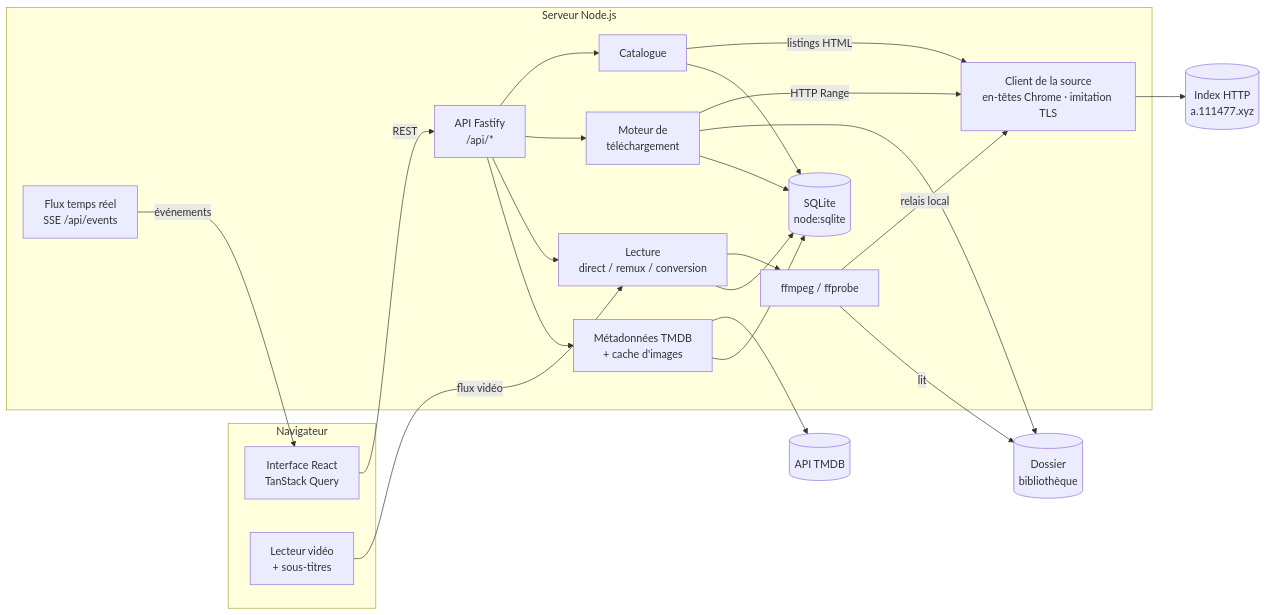
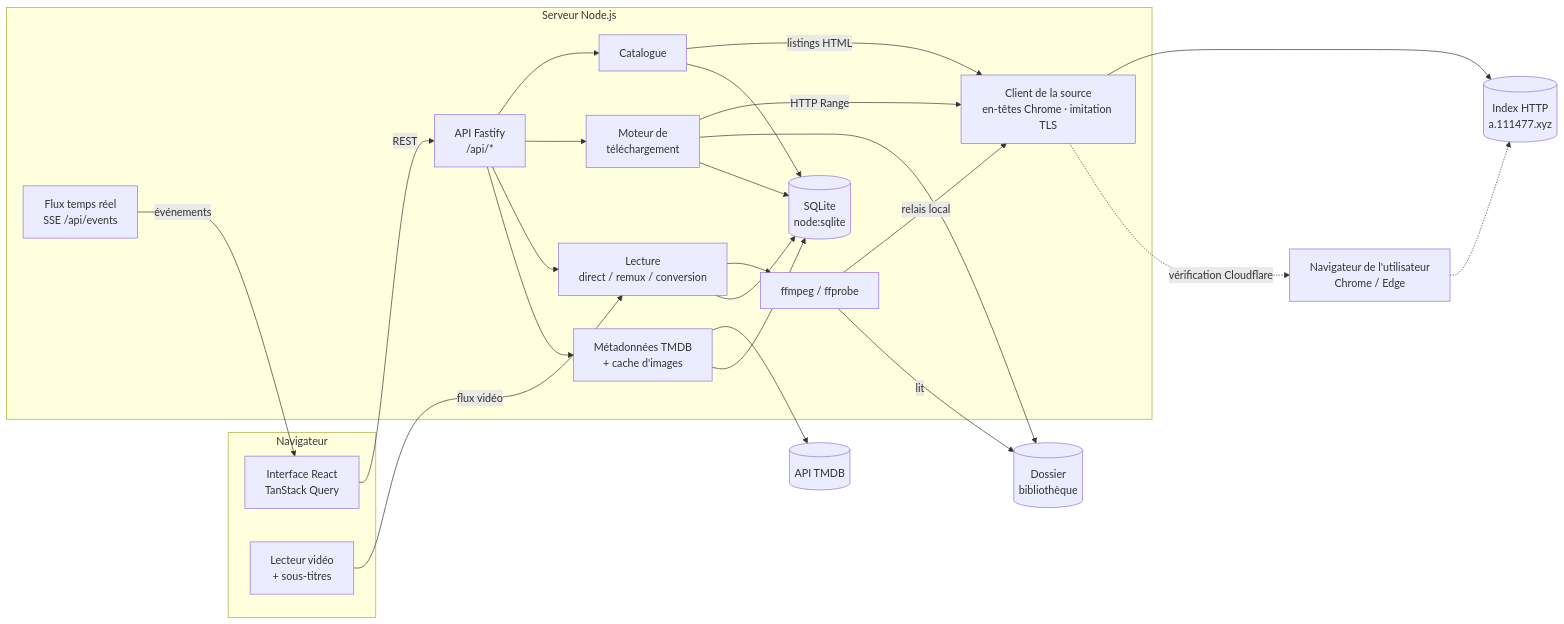
Before and after one commit to antoineferrero-eng/Video: the first of 2 diagrams in docs/ARCHITECTURE.md, drawn with Mermaid. The commit also changed other lines of this file and 21 other files, not shown here.

First line of the commit message:
Vérification Cloudflare passée dans le navigateur de l'utilisateur

````diff
--- a/docs/ARCHITECTURE.md
+++ b/docs/ARCHITECTURE.md
@@ -5,35 +5,37 @@
 ```mermaid
 flowchart LR
   subgraph Navigateur
     UI[Interface React<br/>TanStack Query]
     Player[Lecteur vidéo<br/>+ sous-titres]
   end
   subgraph Serveur Node.js
     API[API Fastify<br/>/api/*]
     SSE[Flux temps réel<br/>SSE /api/events]
     Catalog[Catalogue]
     Downloads[Moteur de<br/>téléchargement]
     Playback[Lecture<br/>direct / remux / conversion]
     Metadata[Métadonnées TMDB<br/>+ cache d'images]
     DB[(SQLite<br/>node:sqlite)]
     FF[ffmpeg / ffprobe]
     Client[Client de la source<br/>en-têtes Chrome · imitation TLS]
   end
   Source[(Index HTTP<br/>a.111477.xyz)]
   TMDB[(API TMDB)]
   Disk[(Dossier<br/>bibliothèque)]
 
   UI -- REST --> API
   SSE -- événements --> UI
   Player -- flux vidéo --> Playback
   API --> Catalog & Downloads & Playback & Metadata
   Catalog -- listings HTML --> Client
   Downloads -- HTTP Range --> Client
   Downloads --> Disk
   Playback --> FF
   FF -- relais local --> Client
   FF -- lit --> Disk
   Client --> Source
+  Client -. vérification Cloudflare .-> Browser[Navigateur de l'utilisateur<br/>Chrome / Edge]
+  Browser -.-> Source
   Metadata --> TMDB
   Catalog & Downloads & Playback & Metadata --> DB
 ```
````
